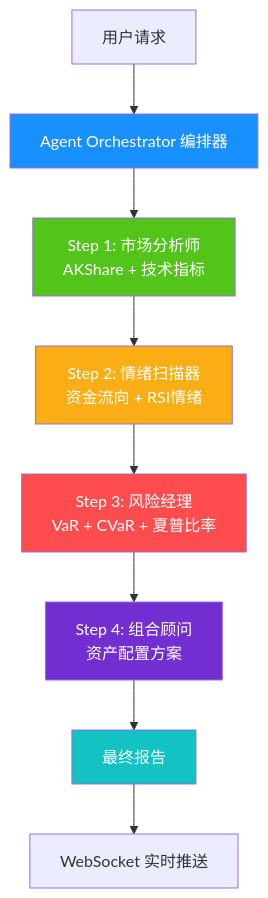
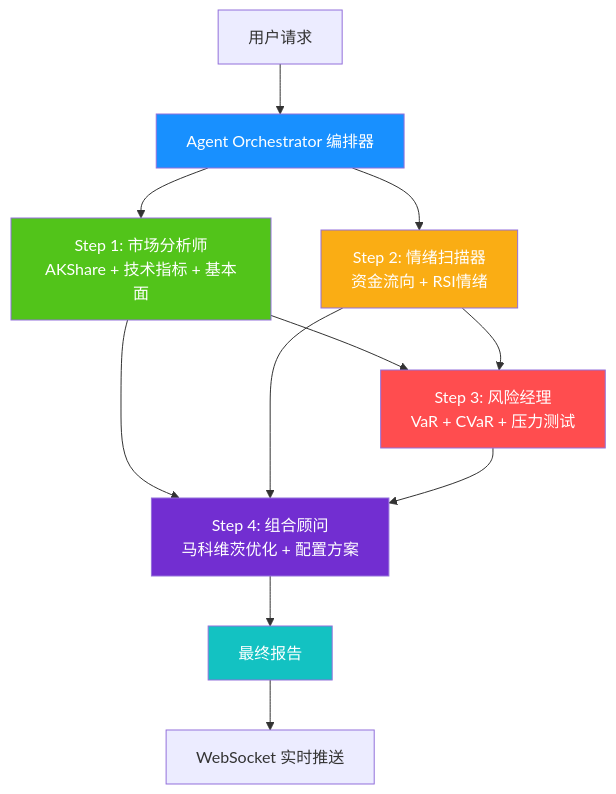
One commit to yigenfeng0707-netizen/finagent-pro changed the diagram in README.md. Above: the diagram before and after it, drawn with Mermaid. The commit also changed other lines of this file and 40 other files, not shown here.

First line of the commit message:
feat: v2.1 DAG并行编排+Vite迁移+智能意图识别+8工具+评审材料对齐

````diff
--- a/README.md
+++ b/README.md
@@ -40,17 +201,20 @@
 ```mermaid
 graph TD
     A[用户请求] --> B[Agent Orchestrator 编排器]
-    B --> C[Step 1: 市场分析师<br/>AKShare + 技术指标]
-    C --> D[Step 2: 情绪扫描器<br/>资金流向 + RSI情绪]
-    D --> E[Step 3: 风险经理<br/>VaR + CVaR + 夏普比率]
-    E --> F[Step 4: 组合顾问<br/>资产配置方案]
+    B --> C[Step 1: 市场分析师<br/>AKShare + 技术指标 + 基本面]
+    B --> D[Step 2: 情绪扫描器<br/>资金流向 + RSI情绪]
+    C --> E[Step 3: 风险经理<br/>VaR + CVaR + 压力测试]
+    D --> E
+    C --> F[Step 4: 组合顾问<br/>马科维茨优化 + 配置方案]
+    D --> F
+    E --> F
     F --> G[最终报告]
     G --> H[WebSocket 实时推送]
     
     style B fill:#1890ff,color:#fff
     style C fill:#52c41a,color:#fff
     style D fill:#faad14,color:#fff
     style E fill:#ff4d4f,color:#fff
     style F fill:#722ed1,color:#fff
     style G fill:#13c2c2,color:#fff
 ```
````
